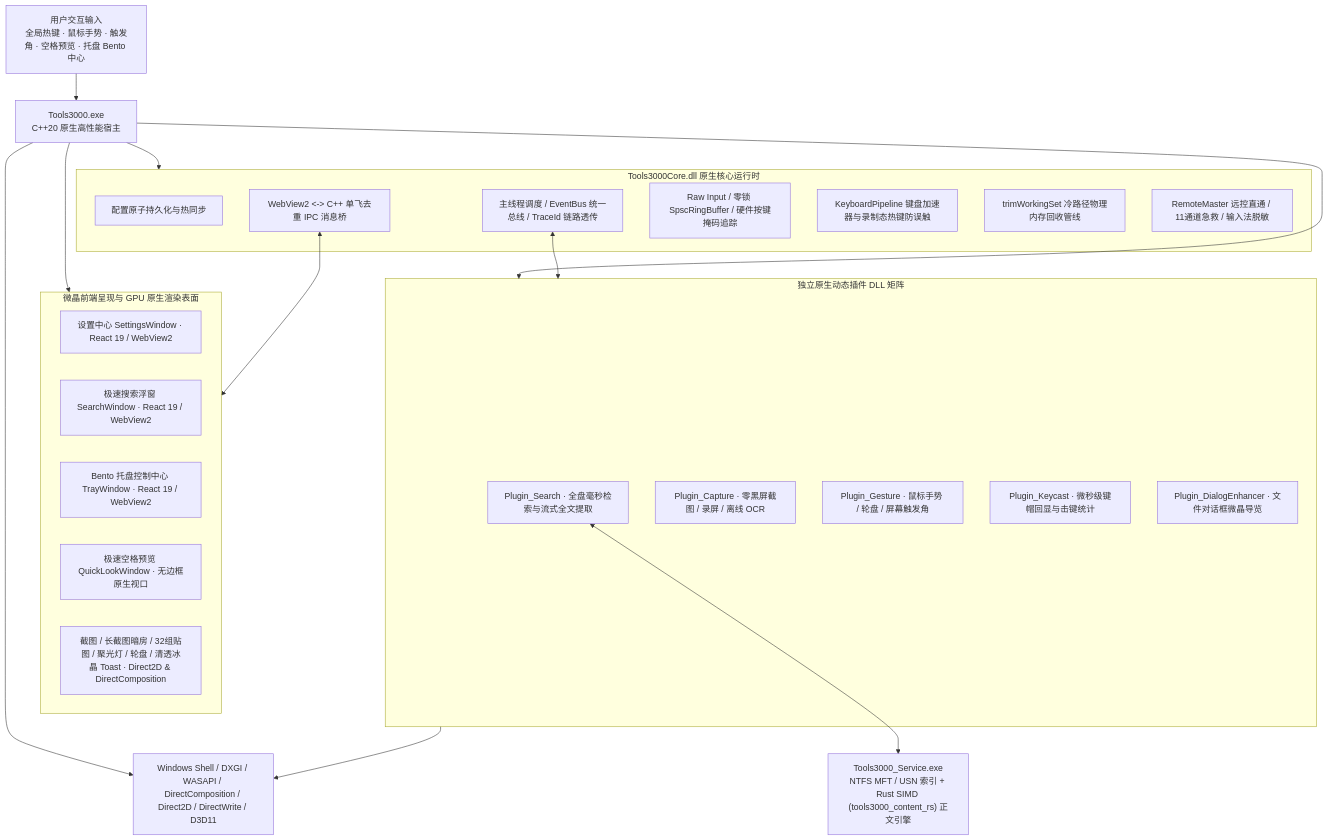
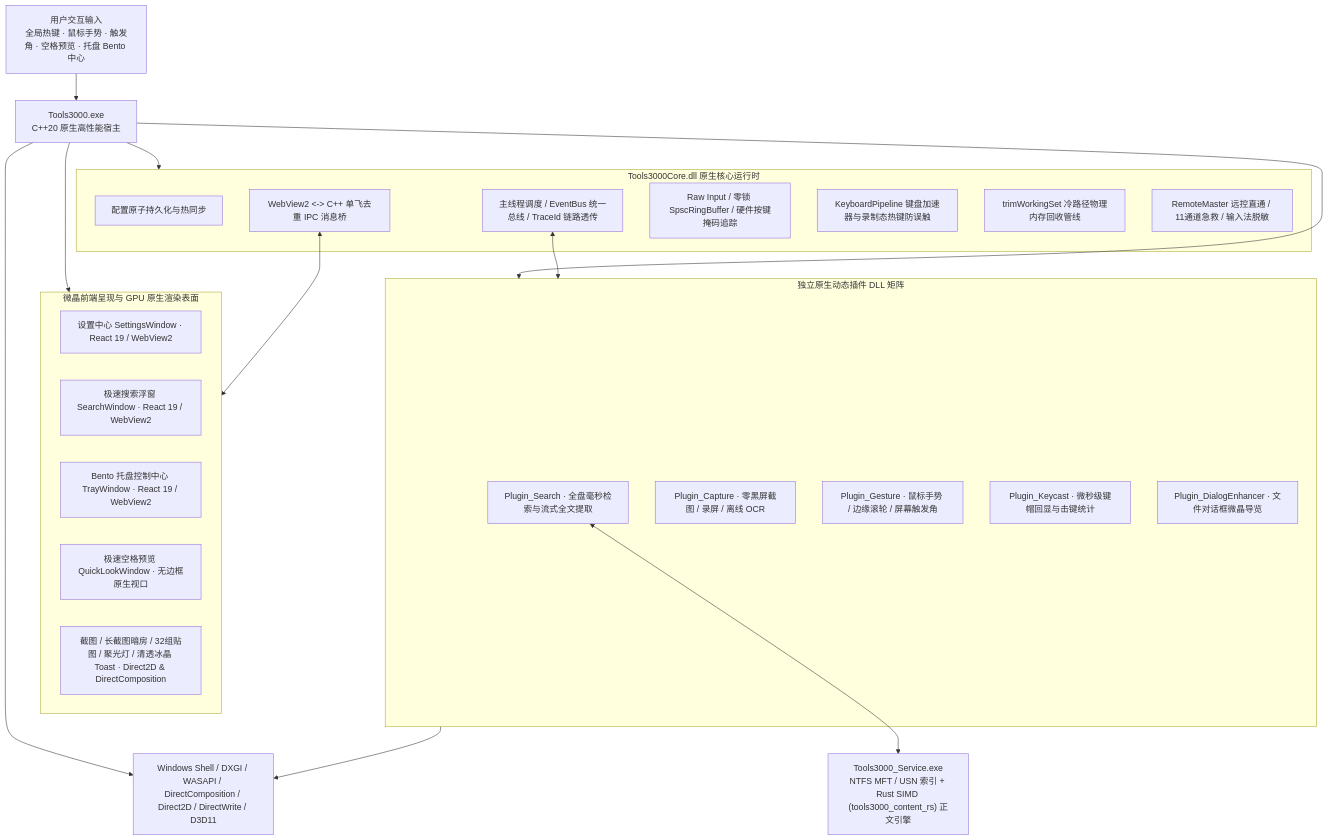
The diagram in README.md (yuan278501381/Tools3000), drawn with Mermaid before and after one commit. The commit also changed other lines of this file and 219 other files, not shown here.

First line of the commit message:
完成全栈深度审计加固、放大镜默认虚线方案及双语实机场景展示图与文档脱敏同步

````diff
--- a/README.md
+++ b/README.md
@@ -187,39 +249,39 @@
 ```mermaid
 flowchart TB
     User["用户交互输入<br/>全局热键 · 鼠标手势 · 触发角 · 空格预览 · 托盘 Bento 中心"] --> Host["Tools3000.exe<br/>C++20 原生高性能宿主"]
 
     subgraph Core["Tools3000Core.dll 原生核心运行时"]
         Config["配置原子持久化与热同步"]
         Dispatch["主线程调度 / EventBus 统一总线 / TraceId 链路透传"]
         Bridge["WebView2 <-> C++ 单飞去重 IPC 消息桥"]
         Input["Raw Input / 零锁 SpscRingBuffer / 硬件按键掩码追踪"]
         Pipeline["KeyboardPipeline 键盘加速器与录制态热键防误触"]
         Trim["trimWorkingSet 冷路径物理内存回收管线"]
         Remote["RemoteMaster 远控直通 / 11通道急救 / 输入法脱敏"]
     end
 
     subgraph UI["微晶前端呈现与 GPU 原生渲染表面"]
         Settings["设置中心 SettingsWindow · React 19 / WebView2"]
         SearchUI["极速搜索浮窗 SearchWindow · React 19 / WebView2"]
         Tray["Bento 托盘控制中心 TrayWindow · React 19 / WebView2"]
         QuickLook["极速空格预览 QuickLookWindow · 无边框原生视口"]
-        Overlays["截图 / 长截图暗房 / 32组贴图 / 聚光灯 / 轮盘 / 清透冰晶 Toast · Direct2D & DirectComposition"]
+        Overlays["截图 / 长截图暗房 / 32组贴图 / 聚光灯 / 清透冰晶 Toast · Direct2D & DirectComposition"]
     end
 
     subgraph Plugins["独立原生动态插件 DLL 矩阵"]
         Search["Plugin_Search · 全盘毫秒检索与流式全文提取"]
         Capture["Plugin_Capture · 零黑屏截图 / 录屏 / 离线 OCR"]
-        Gesture["Plugin_Gesture · 鼠标手势 / 轮盘 / 屏幕触发角"]
+        Gesture["Plugin_Gesture · 鼠标手势 / 边缘滚轮 / 屏幕触发角"]
         Keycast["Plugin_Keycast · 微秒级键帽回显与击键统计"]
         Dialog["Plugin_DialogEnhancer · 文件对话框微晶导览"]
     end
 
     Host --> Core
     Host --> UI
     Host --> Plugins
     Bridge <--> UI
     Dispatch <--> Plugins
     Search <--> Service["Tools3000_Service.exe<br/>NTFS MFT / USN 索引 + Rust SIMD (tools3000_content_rs) 正文引擎"]
     Host --> WinAPI["Windows Shell / DXGI / WASAPI / DirectComposition / Direct2D / DirectWrite / D3D11"]
     Plugins --> WinAPI
 ```
````
